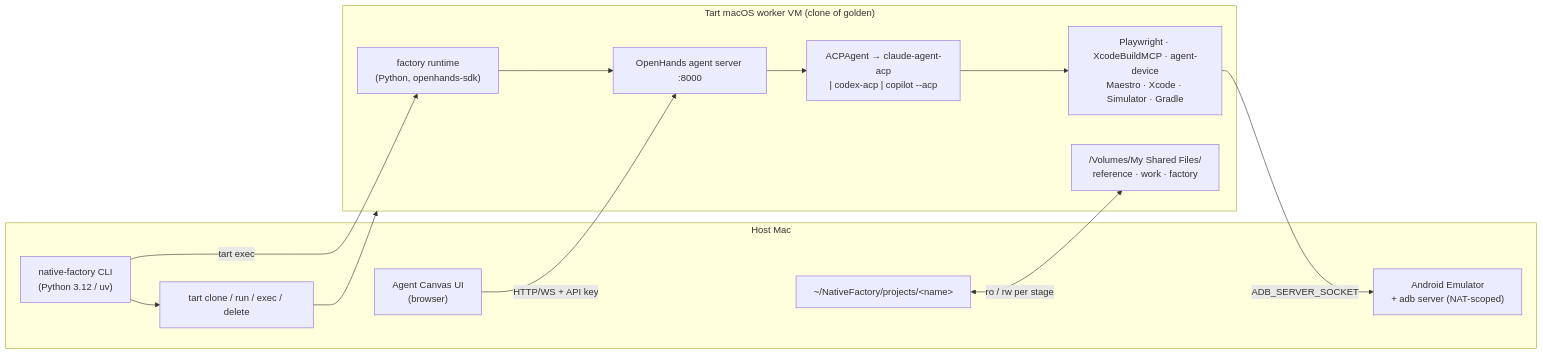
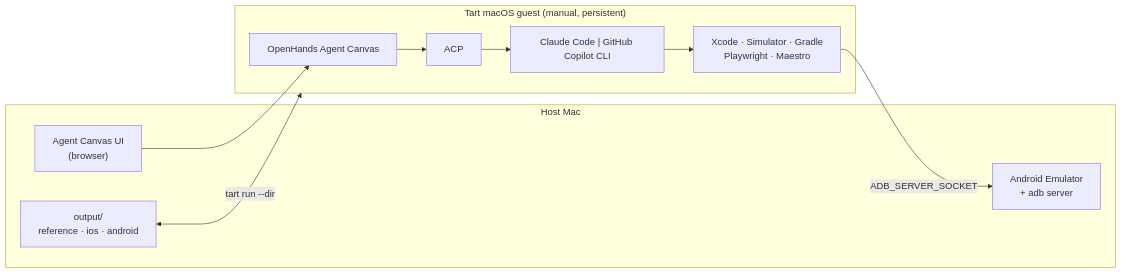
One commit to Workshed/native-factory changed the diagram in docs/architecture.md. Above: the diagram before and after it, drawn with Mermaid. The commit also changed other lines of this file and 111 other files, not shown here.

````diff
--- a/docs/architecture.md
+++ b/docs/architecture.md
@@ -97,22 +17,17 @@
 ```mermaid
 flowchart LR
   subgraph Host["Host Mac"]
-    CLI["native-factory CLI<br/>(Python 3.12 / uv)"]
-    WS["~/NativeFactory/projects/&lt;name&gt;"]
-    Canvas["Agent Canvas UI<br/>(browser)"]
-    Emu["Android Emulator<br/>+ adb server (NAT-scoped)"]
-    Tart["tart clone / run / exec / delete"]
+    Browser["Agent Canvas UI<br/>(browser)"]
+    Out["output/<br/>reference · ios · android"]
+    Emu["Android Emulator<br/>+ adb server"]
   end
-  subgraph Guest["Tart macOS worker VM (clone of golden)"]
-    Runtime["factory runtime<br/>(Python, openhands-sdk)"]
-    AS["OpenHands agent server :8000"]
-    ACP["ACPAgent → claude-agent-acp<br/>| codex-acp | copilot --acp"]
-    Tools["Playwright · XcodeBuildMCP · agent-device<br/>Maestro · Xcode · Simulator · Gradle"]
-    Mnt["/Volumes/My Shared Files/<br/>reference · work · factory"]
+  subgraph Guest["Tart macOS guest (manual, persistent)"]
+    OH["OpenHands Agent Canvas"]
+    ACP["ACP"]
+    Agents["Claude Code | GitHub Copilot CLI"]
+    Tools["Xcode · Simulator · Gradle<br/>Playwright · Maestro"]
   end
-  CLI --> Tart --> Guest
-  WS <-->|"ro / rw per stage"| Mnt
-  CLI -->|tart exec| Runtime --> AS --> ACP --> Tools
-  Canvas -->|"HTTP/WS + API key"| AS
+  Browser --> OH --> ACP --> Agents --> Tools
+  Out <-->|"tart run --dir"| Guest
   Tools -->|ADB_SERVER_SOCKET| Emu
 ```
````
